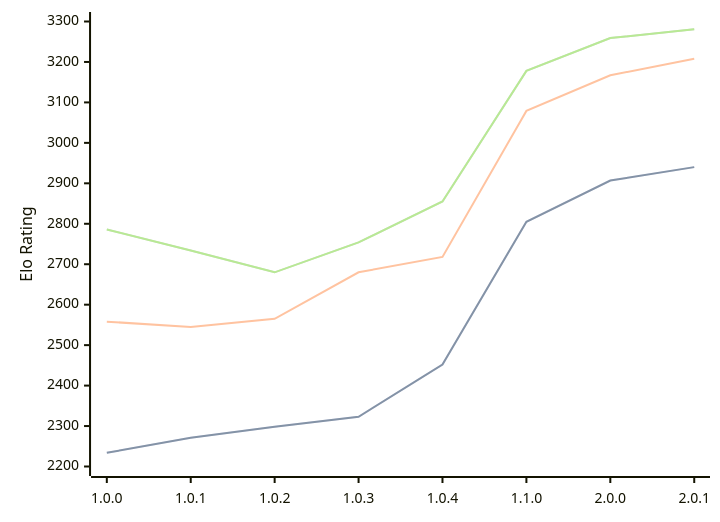
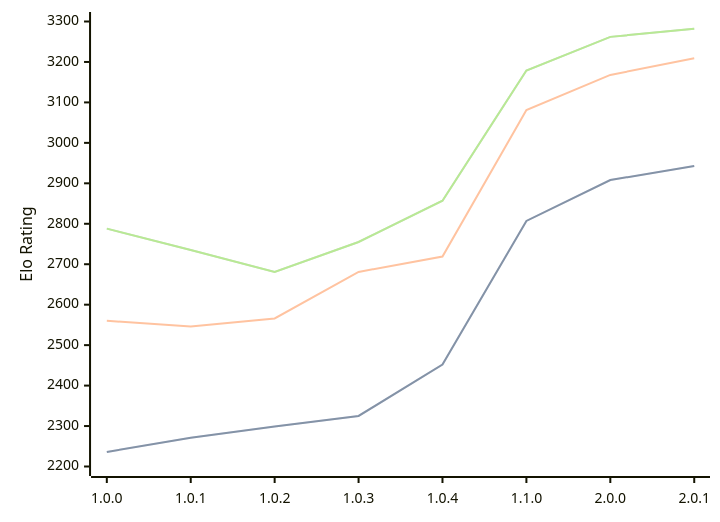
One commit to computer-chess-index/cci changed the diagram in engines/Grail.md. Above: the diagram before and after it, drawn with Mermaid. The commit also changed other lines of this file, not shown here.

Commit message:
Update CCI Ratings (ELO VLTC) - 2026-09-01

````diff
--- a/engines/Grail.md
+++ b/engines/Grail.md
@@ -38,11 +38,11 @@
 ```mermaid
 %%{init: {"theme":"base","themeVariables":{"seriesColors:['#a3a3a3','#222221','#faa371']}}}%%
 xychart-beta
   x-axis ["1.0.0", "1.0.1", "1.0.2", "1.0.3", "1.0.4", "1.1.0", "2.0.0", "2.0.1"]
   y-axis "Elo Rating" 2200 --> 3300
-  line "" [2234, 2271, 2298, 2323, 2452, 2805, 2907, 2940]
-  line "STC (8.0+0.08s)" [2234, 2271, 2298, 2323, 2452, 2805, 2907, 2940]
-  line "LTC (60.0+0.60s)" [2558, 2545, 2565, 2680, 2718, 3079, 3167, 3208]
-  line "" [2786, 2734, 2680, 2754, 2855, 3178, 3259, 3281]
-  line "VLTC (2m24s+1.12s)" [2786, 2734, 2680, 2754, 2855, 3178, 3259, 3281]
+  line "" [2236, 2271, 2299, 2325, 2452, 2807, 2908, 2943]
+  line "STC (8.0+0.08s)" [2236, 2271, 2299, 2325, 2452, 2807, 2908, 2943]
+  line "LTC (60.0+0.60s)" [2560, 2546, 2566, 2681, 2719, 3081, 3168, 3209]
+  line "" [2788, 2735, 2681, 2755, 2857, 3179, 3262, 3282]
+  line "VLTC (2m24s+1.12s)" [2788, 2735, 2681, 2755, 2857, 3179, 3262, 3282]
 ```
````
